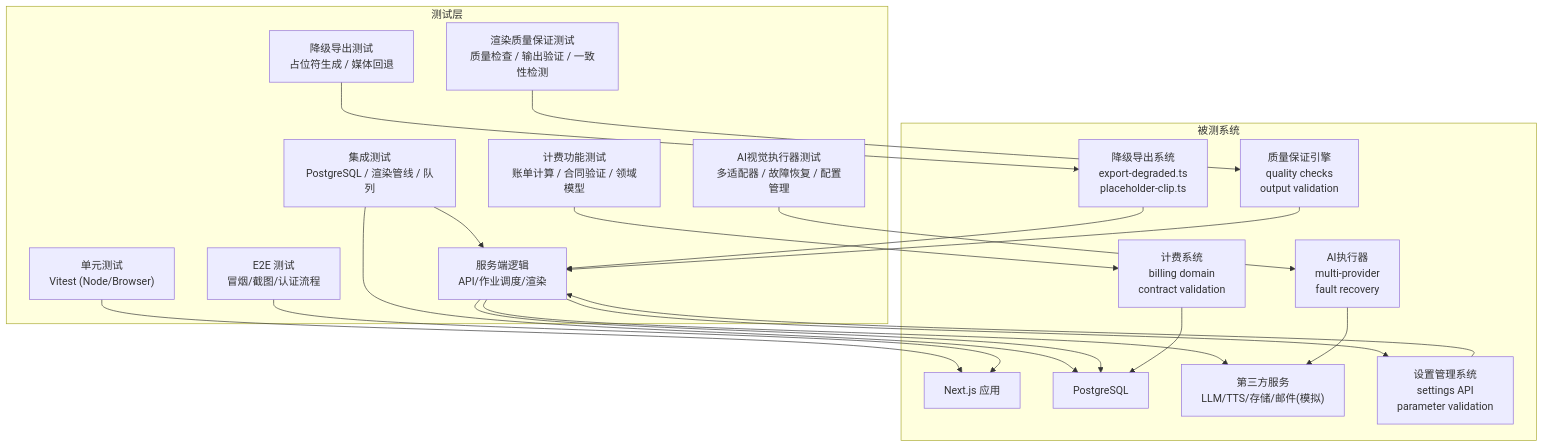
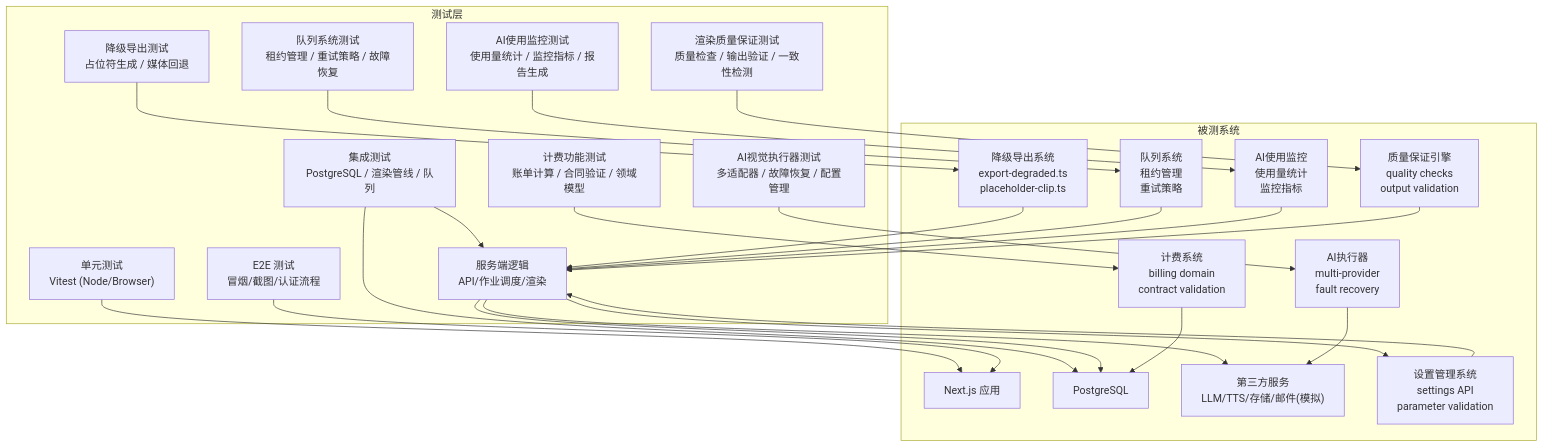
The second of 14 diagrams in .qoder/repowiki/zh/content/测试策略/测试策略.md (scottcwy/PurpleInk), drawn with Mermaid before and after one commit. The commit also changed other lines of this file and 23 other files, not shown here.

````diff
--- a/.qoder/repowiki/zh/content/测试策略/测试策略.md
+++ b/.qoder/repowiki/zh/content/测试策略/测试策略.md
@@ -212,40 +242,48 @@
 ```mermaid
 graph TB
 subgraph "测试层"
 U["单元测试<br/>Vitest (Node/Browser)"]
 I["集成测试<br/>PostgreSQL / 渲染管线 / 队列"]
 D["降级导出测试<br/>占位符生成 / 媒体回退"]
+Q["队列系统测试<br/>租约管理 / 重试策略 / 故障恢复"]
+M["AI使用监控测试<br/>使用量统计 / 监控指标 / 报告生成"]
 B["计费功能测试<br/>账单计算 / 合同验证 / 领域模型"]
 S["设置路由测试<br/>API契约 / 参数校验 / 权限控制"]
 A["AI视觉执行器测试<br/>多适配器 / 故障恢复 / 配置管理"]
-Q["渲染质量保证测试<br/>质量检查 / 输出验证 / 一致性检测"]
+R["渲染质量保证测试<br/>质量检查 / 输出验证 / 一致性检测"]
 E["E2E 测试<br/>冒烟/截图/认证流程"]
 end
 subgraph "被测系统"
 N["Next.js 应用"]
 S["服务端逻辑<br/>API/作业调度/渲染"]
 DB["PostgreSQL"]
 Ext["第三方服务<br/>LLM/TTS/存储/邮件(模拟)"]
 DL["降级导出系统<br/>export-degraded.ts<br/>placeholder-clip.ts"]
+QL["队列系统<br/>租约管理<br/>重试策略"]
+UM["AI使用监控<br/>使用量统计<br/>监控指标"]
 BL["计费系统<br/>billing domain<br/>contract validation"]
 ST["设置管理系统<br/>settings API<br/>parameter validation"]
 AI["AI执行器<br/>multi-provider<br/>fault recovery"]
 QA["质量保证引擎<br/>quality checks<br/>output validation"]
 end
 U --> N
 I --> S
 I --> DB
 D --> DL
+Q --> QL
+M --> UM
 B --> BL
 S --> ST
 A --> AI
-Q --> QA
+R --> QA
 E --> N
 S --> DB
 S --> Ext
 DL --> S
+QL --> S
+UM --> S
 BL --> DB
 ST --> S
 AI --> Ext
 QA --> S
 ```
````
